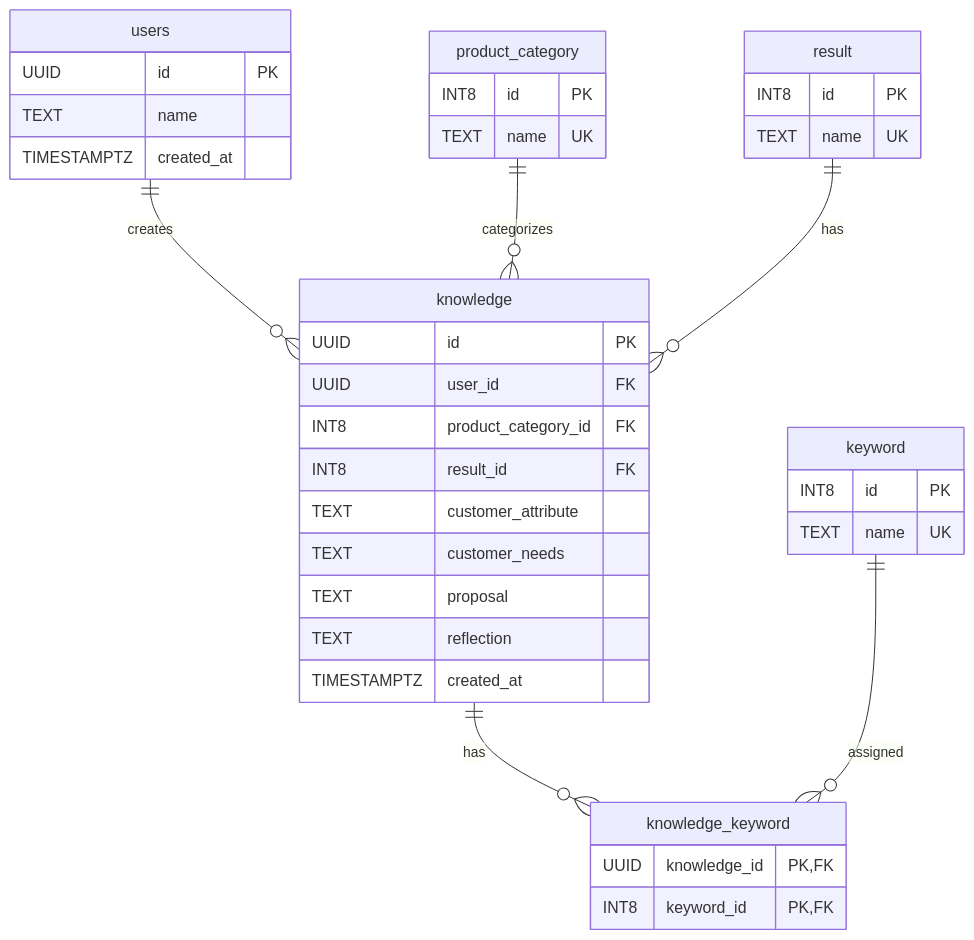
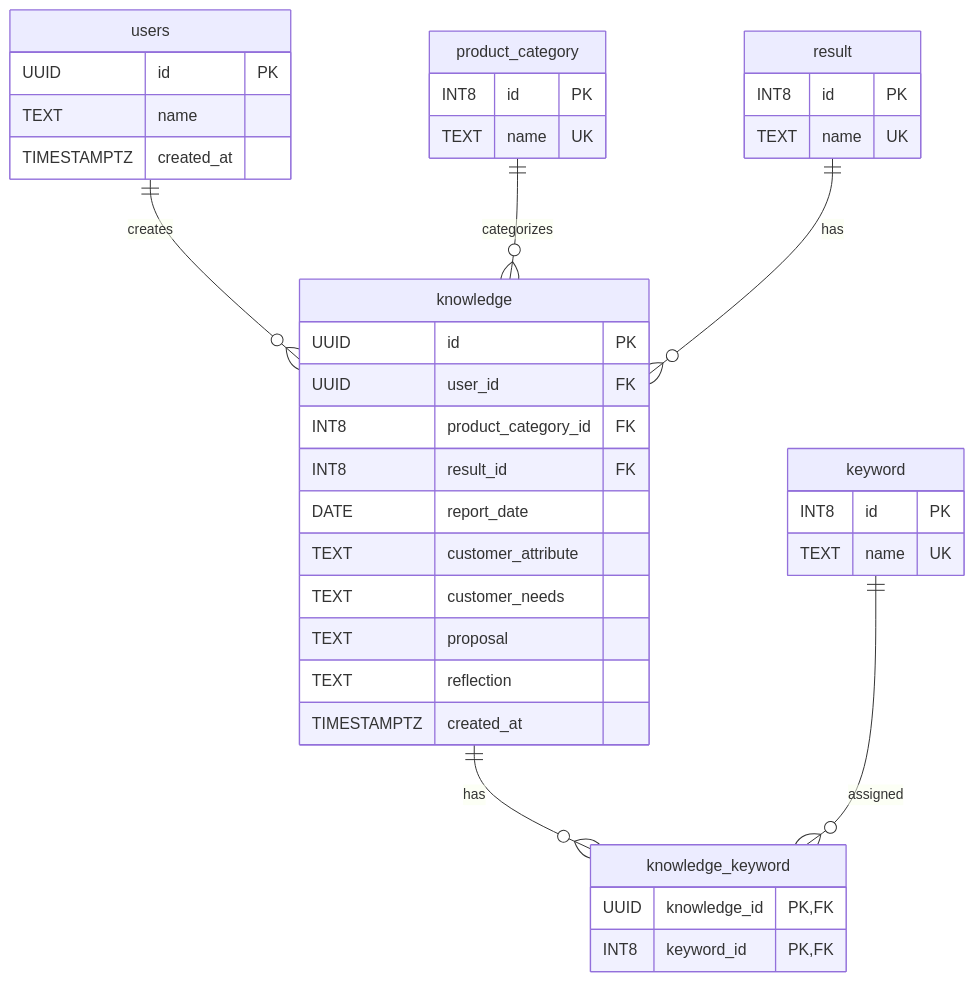
The diagram in docs/er_diagram.mmd (sato13san/saisai_app), drawn with Mermaid before and after one commit. The commit also changed 1 other file, not shown here.

Commit message:
ER図にreport_dateを追加。app.pyにsupabaseの接続テストのコードを一時的に追加

```diff
--- a/docs/er_diagram.mmd
+++ b/docs/er_diagram.mmd
@@ -1,45 +1,46 @@
 erDiagram
 
     users ||--o{ knowledge : creates
     product_category ||--o{ knowledge : categorizes
     result ||--o{ knowledge : has
     knowledge ||--o{ knowledge_keyword : has
     keyword ||--o{ knowledge_keyword : assigned
 
     users {
         UUID id PK
         TEXT name
         TIMESTAMPTZ created_at
     }
 
     product_category {
         INT8 id PK
         TEXT name UK
     }
 
     result {
         INT8 id PK
         TEXT name UK
     }
 
     knowledge {
         UUID id PK
         UUID user_id FK
         INT8 product_category_id FK
         INT8 result_id FK
+        DATE report_date
         TEXT customer_attribute
         TEXT customer_needs
         TEXT proposal
         TEXT reflection
         TIMESTAMPTZ created_at
     }
 
     keyword {
         INT8 id PK
         TEXT name UK
     }
 
     knowledge_keyword {
         UUID knowledge_id PK, FK
         INT8 keyword_id PK, FK
     }
```
